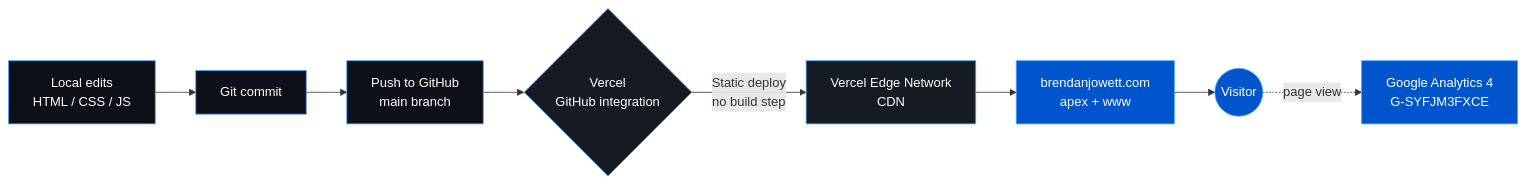
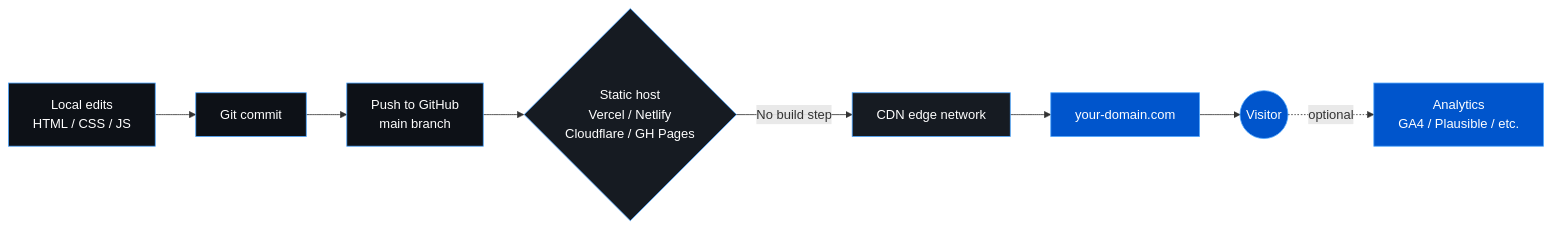
The diagram in README.md (roeea2/site-builder), drawn with Mermaid before and after one commit. The commit also changed other lines of this file, not shown here.

````diff
--- a/README.md
+++ b/README.md
@@ -18,17 +17,17 @@
 ```mermaid
 flowchart LR
     A[Local edits<br/>HTML / CSS / JS] --> B[Git commit]
     B --> C[Push to GitHub<br/>main branch]
-    C --> D{Vercel<br/>GitHub integration}
-    D -->|Static deploy<br/>no build step| E[Vercel Edge Network<br/>CDN]
-    E --> F[brendanjowett.com<br/>apex + www]
+    C --> D{Static host<br/>Vercel / Netlify<br/>Cloudflare / GH Pages}
+    D -->|No build step| E[CDN edge network]
+    E --> F[your-domain.com]
     F --> G((Visitor))
-    G -.->|page view| H[Google Analytics 4<br/>G-SYFJM3FXCE]
+    G -.->|optional| H[Analytics<br/>GA4 / Plausible / etc.]
 
     classDef src fill:#0d1117,stroke:#4da6ff,color:#fff
     classDef infra fill:#161b22,stroke:#4da6ff,color:#fff
     classDef edge fill:#0055cc,stroke:#4da6ff,color:#fff
     class A,B,C src
     class D,E infra
     class F,G,H edge
 ```
````
